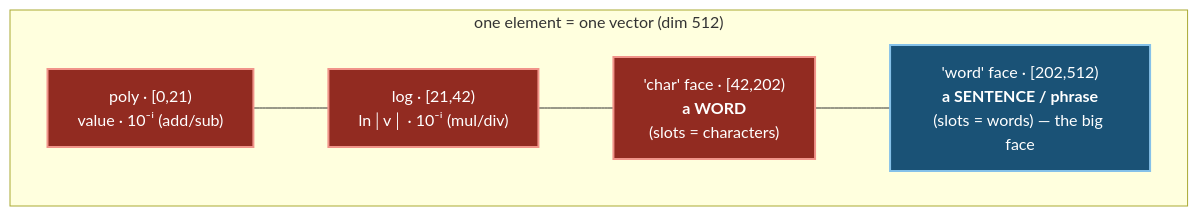
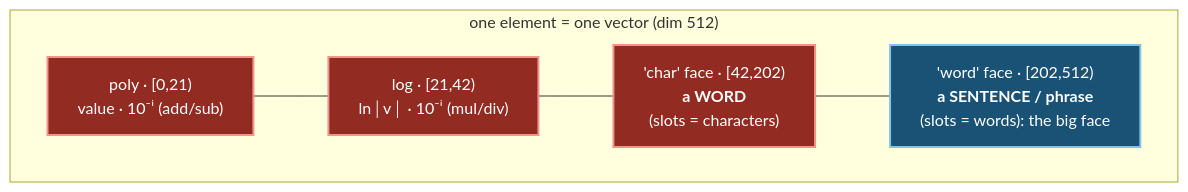
Before and after one commit to EvaluatedApplications/genesis-nova: the second of 5 diagrams in PLATONIC_NUCLEUS.md, drawn with Mermaid. The commit also changed other lines of this file and 13 other files, not shown here.

````diff
--- a/PLATONIC_NUCLEUS.md
+++ b/PLATONIC_NUCLEUS.md
@@ -55,15 +55,15 @@
 ```mermaid
 flowchart LR
   subgraph V["one element = one vector (dim 512)"]
     direction LR
     P["poly · [0,21)<br/>value · 10⁻ⁱ&nbsp;(add/sub)"]
     L["log · [21,42)<br/>ln│v│ · 10⁻ⁱ&nbsp;(mul/div)"]
     C["'char' face · [42,202)<br/><b>a WORD</b><br/>(slots = characters)"]
-    W["'word' face · [202,512)<br/><b>a SENTENCE / phrase</b><br/>(slots = words) — the big face"]
+    W["'word' face · [202,512)<br/><b>a SENTENCE / phrase</b><br/>(slots = words): the big face"]
     P --- L --- C --- W
   end
   classDef nuc fill:#922b21,color:#ffffff,stroke:#f1948a,stroke-width:2px;
   classDef free fill:#1a5276,color:#ffffff,stroke:#85c1e9,stroke-width:2px;
   class P,L,C nuc;
   class W free;
 ```
````
